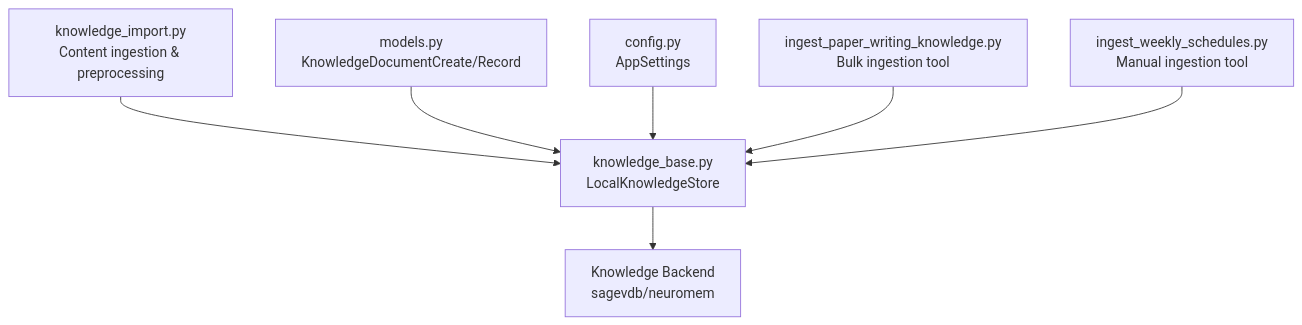
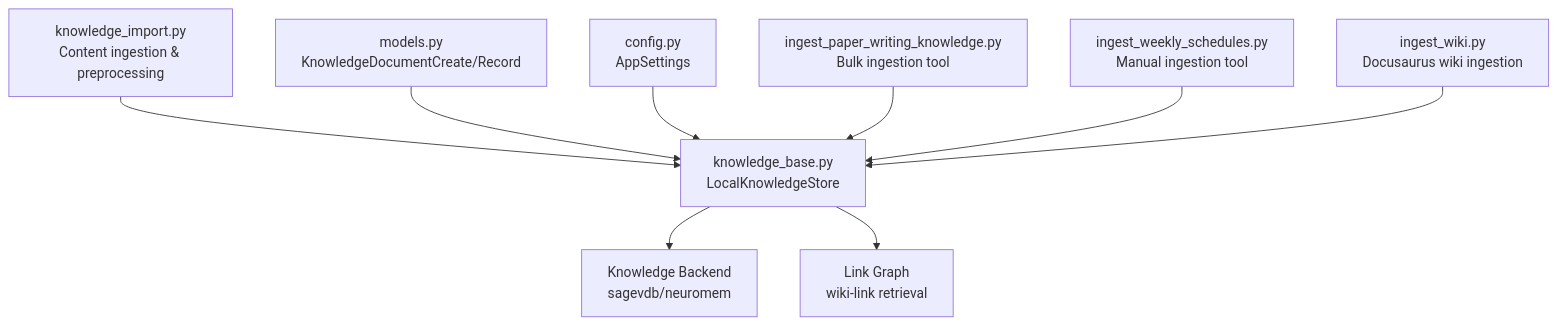
Before and after one commit to intellistream/sage-mate: the first of 6 diagrams in .qoder/repowiki/en/content/Knowledge Management/Knowledge Ingestion Pipeline.md, drawn with Mermaid. The commit also changed other lines of this file and 136 other files, not shown here.

First line of the commit message:
chore: source updates, bidirectional link graph, data and repowiki refresh

````diff
--- a/.qoder/repowiki/en/content/Knowledge Management/Knowledge Ingestion Pipeline.md
+++ b/.qoder/repowiki/en/content/Knowledge Management/Knowledge Ingestion Pipeline.md
@@ -35,9 +44,11 @@
 ```mermaid
 graph TB
 A["knowledge_import.py<br/>Content ingestion & preprocessing"] --> B["knowledge_base.py<br/>LocalKnowledgeStore"]
 C["models.py<br/>KnowledgeDocumentCreate/Record"] --> B
 D["config.py<br/>AppSettings"] --> B
 E["ingest_paper_writing_knowledge.py<br/>Bulk ingestion tool"] --> B
 F["ingest_weekly_schedules.py<br/>Manual ingestion tool"] --> B
-B --> G["Knowledge Backend<br/>sagevdb/neuromem"]
+G["ingest_wiki.py<br/>Docusaurus wiki ingestion"] --> B
+B --> H["Knowledge Backend<br/>sagevdb/neuromem"]
+B --> I["Link Graph<br/>wiki-link retrieval"]
 ```
````
